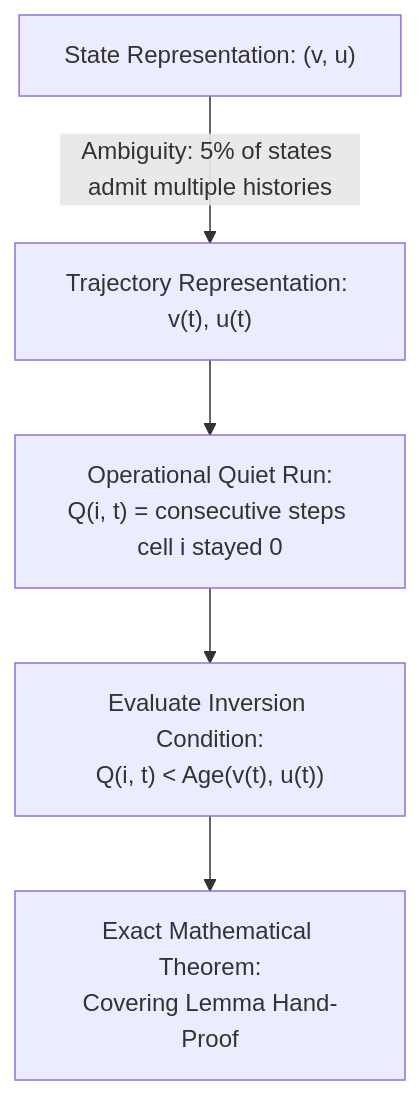
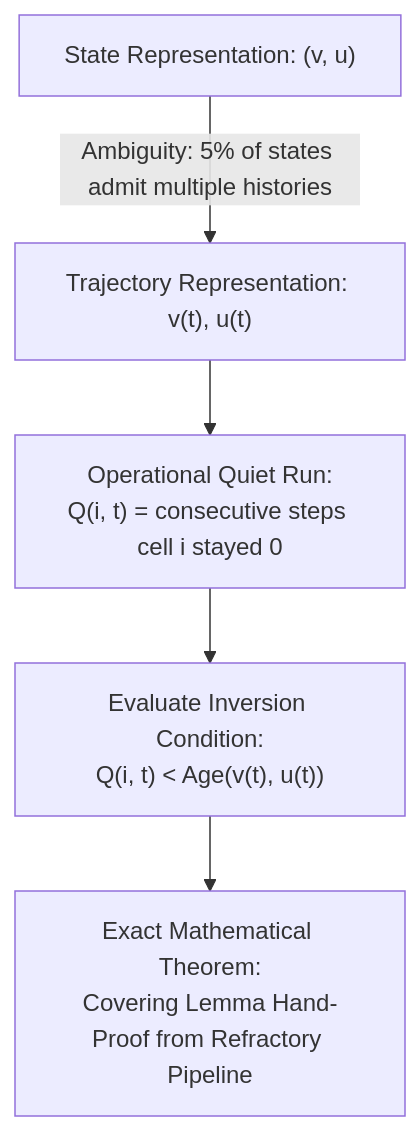
One commit to promitmoitra/ghca changed the second of 3 diagrams in docs/research_brainstorming_coherence_horizons.md. Above: the diagram before and after it, drawn with Mermaid. The commit also changed other lines of this file, not shown here.

````diff
--- a/docs/research_brainstorming_coherence_horizons.md
+++ b/docs/research_brainstorming_coherence_horizons.md
@@ -157,7 +157,7 @@
 ```mermaid
 flowchart TD
     A["State Representation: (v, u)"] -->|Ambiguity: 5% of states admit multiple histories| B["Trajectory Representation: v(t), u(t)"]
     B --> C["Operational Quiet Run:<br/>Q(i, t) = consecutive steps cell i stayed 0"]
     C --> D["Evaluate Inversion Condition:<br/>Q(i, t) < Age(v(t), u(t))"]
-    D --> E["Exact Mathematical Theorem:<br/>Covering Lemma Hand-Proof"]
+    D --> E["Exact Mathematical Theorem:<br/>Covering Lemma Hand-Proof from Refractory Pipeline"]
 ```
````
